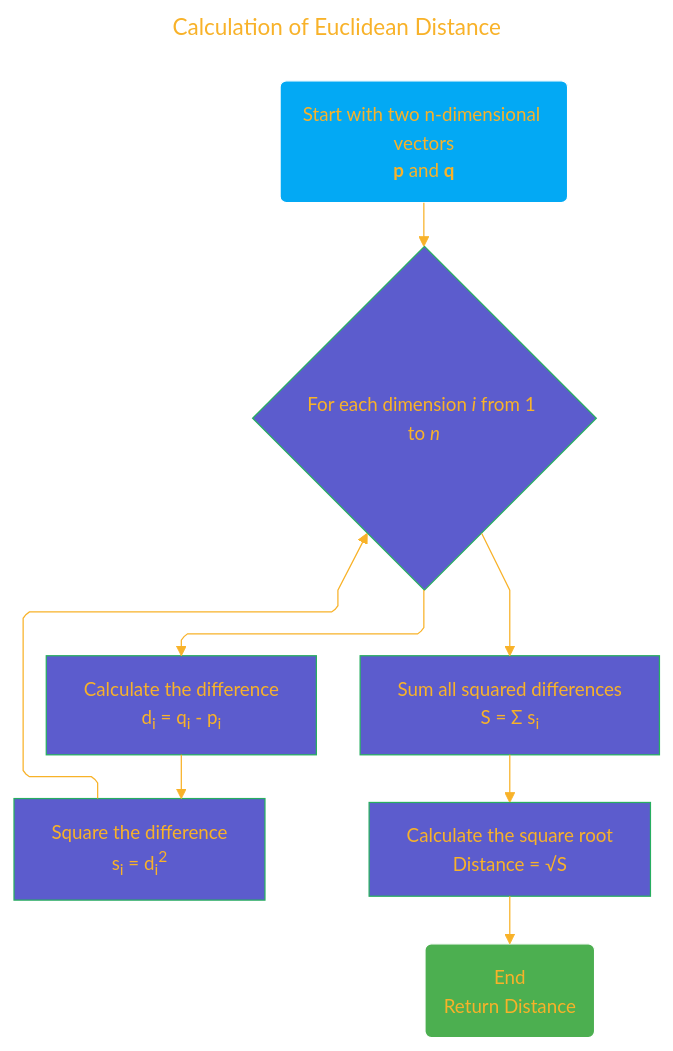
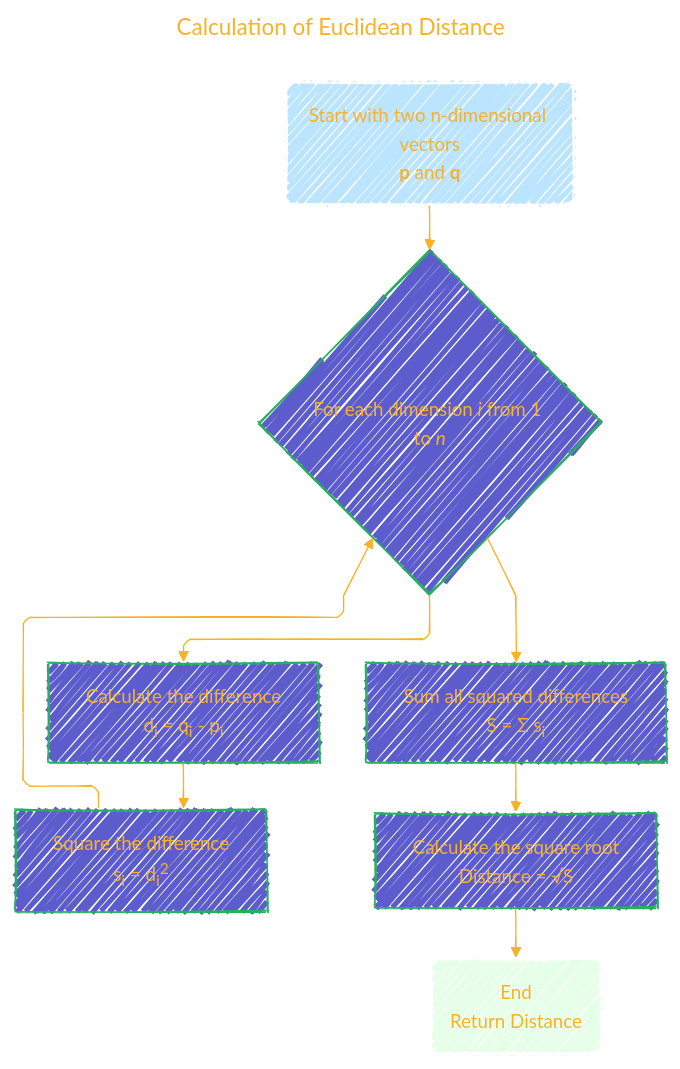
The third of 7 diagrams in Distance_Similarity_Metrics/Euclidean_Distance.md (CongLeSolutionX/Harmonic_Atomica), drawn with Mermaid before and after one commit. The commit also changed other lines of this file, not shown here.

````diff
--- a/Distance_Similarity_Metrics/Euclidean_Distance.md
+++ b/Distance_Similarity_Metrics/Euclidean_Distance.md
@@ -188,43 +190,44 @@
 ```mermaid
 ---
 title: "Calculation of Euclidean Distance"
 author: "Cong Le"
 version: "1.0"
 license(s): "MIT, CC BY-SA 4.0"
 copyright: "Copyright © 2025 Cong Le. All Rights Reserved."
 config:
   layout: elk
   theme: base
+  look: handDrawn
 ---
 %%%%%%%% Mermaid version v11.4.1-b.14
 %%%%%%%% Available curve styles include the following keywords:
 %% basis, bumpX, bumpY, cardinal, catmullRom, linear, monotoneX, monotoneY, natural, step, stepAfter, stepBefore.
 %%{
   init: {
     'securityLevel': 'loose',
     'flowchart': { 'htmlLabels': true, 'curve': 'linear' },
     'fontFamily': 'Comic Sans MS, cursive, sans-serif',
     'themeVariables': {
       'primaryColor': '#22BB',
       'primaryTextColor': '#F8B229',
       'lineColor': '#F8B229',
       'primaryBorderColor': '#27AE60',
       'secondaryColor': '#EBDEF0',
       'secondaryTextColor': '#6C3483',
       'secondaryBorderColor': '#A569BD',
       'fontSize': '15px'
     }
   }
 }%%
 flowchart TD
     A("Start with two n-dimensional vectors<br><b>p</b> and <b>q</b>") --> B{"For each dimension <i>i</i> from 1 to <i>n</i>"}
     B --> C["Calculate the difference<br>d<sub>i</sub> = q<sub>i</sub> - p<sub>i</sub>"]
     C --> D["Square the difference<br>s<sub>i</sub> = d<sub>i</sub><sup>2</sup>"]
     D --> B
     B --> E["Sum all squared differences<br>S = Σ s<sub>i</sub>"]
     E --> F["Calculate the square root<br>Distance = √S"]
     F --> G("End<br>Return Distance")
 
-    style A fill:#03A9F4,stroke:#FFF
-    style G fill:#4CAF50,stroke:#FFF
+    style A fill:#09F4,stroke:#FFF
+    style G fill:#4F52,stroke:#FFF
 ```
````
